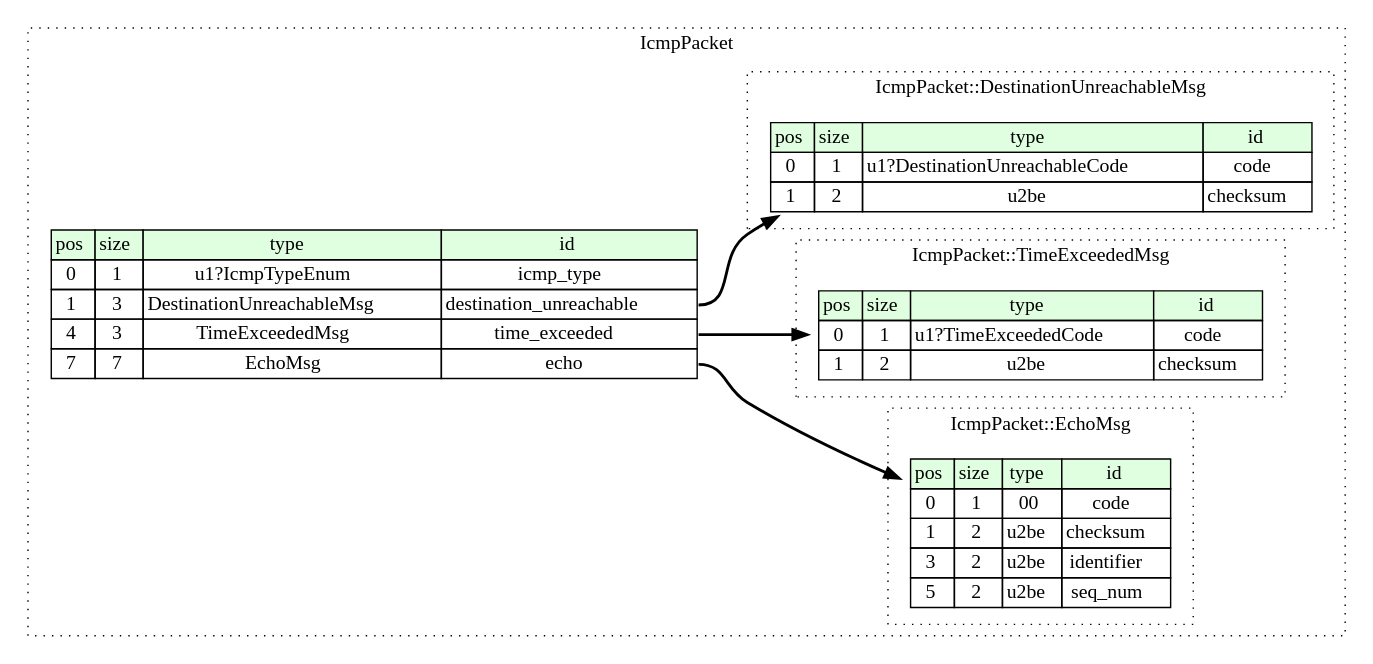
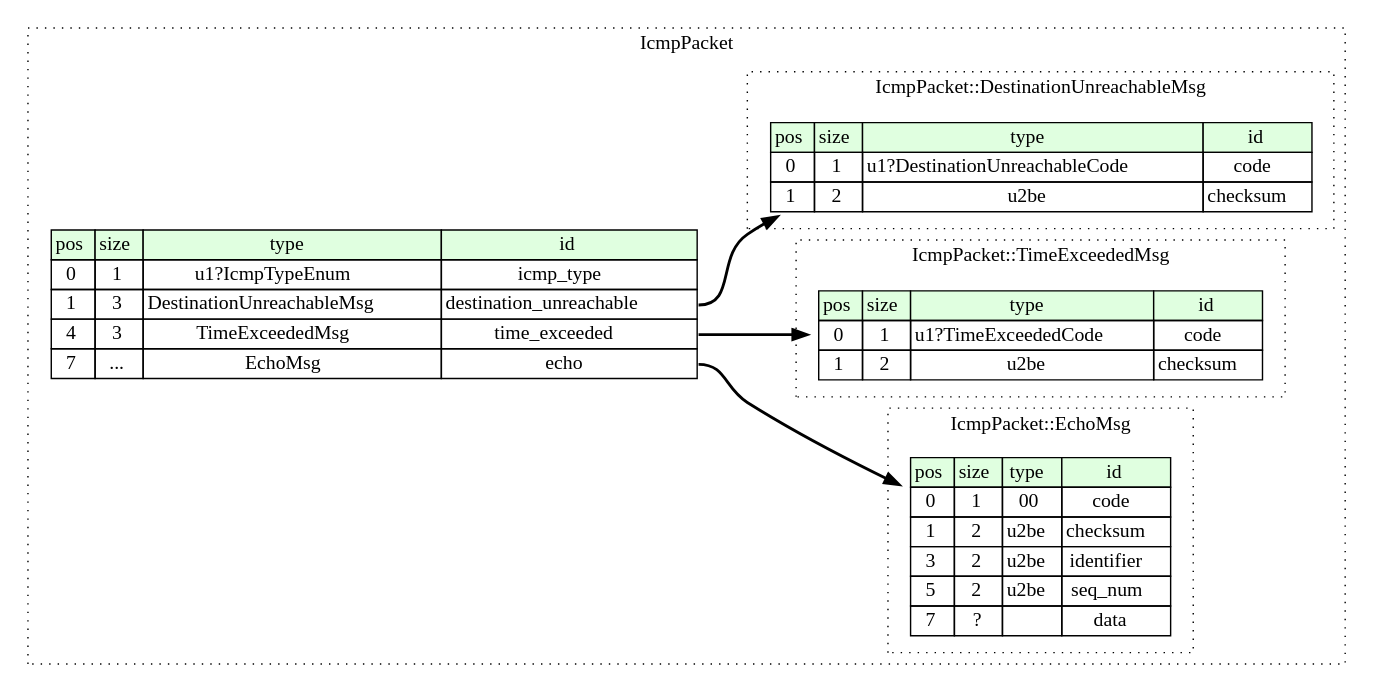
Before and after one commit to kaitai-io/formats-kaitai-io.github.io: the diagram in icmp_packet/src/graphviz/icmp_packet.dot, drawn with Graphviz. The commit also changed 20 other files, not shown here.

```diff
--- a/icmp_packet/src/graphviz/icmp_packet.dot
+++ b/icmp_packet/src/graphviz/icmp_packet.dot
@@ -1,51 +1,52 @@
 digraph {
 	rankdir=LR;
 	node [shape=plaintext];
 	subgraph cluster__icmp_packet {
 		label="IcmpPacket";
 		graph[style=dotted];
 
 		icmp_packet__seq [label=<<TABLE BORDER="0" CELLBORDER="1" CELLSPACING="0">
 			<TR><TD BGCOLOR="#E0FFE0">pos</TD><TD BGCOLOR="#E0FFE0">size</TD><TD BGCOLOR="#E0FFE0">type</TD><TD BGCOLOR="#E0FFE0">id</TD></TR>
 			<TR><TD PORT="icmp_type_pos">0</TD><TD PORT="icmp_type_size">1</TD><TD>u1?IcmpTypeEnum</TD><TD PORT="icmp_type_type">icmp_type</TD></TR>
 			<TR><TD PORT="destination_unreachable_pos">1</TD><TD PORT="destination_unreachable_size">3</TD><TD>DestinationUnreachableMsg</TD><TD PORT="destination_unreachable_type">destination_unreachable</TD></TR>
 			<TR><TD PORT="time_exceeded_pos">4</TD><TD PORT="time_exceeded_size">3</TD><TD>TimeExceededMsg</TD><TD PORT="time_exceeded_type">time_exceeded</TD></TR>
-			<TR><TD PORT="echo_pos">7</TD><TD PORT="echo_size">7</TD><TD>EchoMsg</TD><TD PORT="echo_type">echo</TD></TR>
+			<TR><TD PORT="echo_pos">7</TD><TD PORT="echo_size">...</TD><TD>EchoMsg</TD><TD PORT="echo_type">echo</TD></TR>
 		</TABLE>>];
 		subgraph cluster__destination_unreachable_msg {
 			label="IcmpPacket::DestinationUnreachableMsg";
 			graph[style=dotted];
 
 			destination_unreachable_msg__seq [label=<<TABLE BORDER="0" CELLBORDER="1" CELLSPACING="0">
 				<TR><TD BGCOLOR="#E0FFE0">pos</TD><TD BGCOLOR="#E0FFE0">size</TD><TD BGCOLOR="#E0FFE0">type</TD><TD BGCOLOR="#E0FFE0">id</TD></TR>
 				<TR><TD PORT="code_pos">0</TD><TD PORT="code_size">1</TD><TD>u1?DestinationUnreachableCode</TD><TD PORT="code_type">code</TD></TR>
 				<TR><TD PORT="checksum_pos">1</TD><TD PORT="checksum_size">2</TD><TD>u2be</TD><TD PORT="checksum_type">checksum</TD></TR>
 			</TABLE>>];
 		}
 		subgraph cluster__time_exceeded_msg {
 			label="IcmpPacket::TimeExceededMsg";
 			graph[style=dotted];
 
 			time_exceeded_msg__seq [label=<<TABLE BORDER="0" CELLBORDER="1" CELLSPACING="0">
 				<TR><TD BGCOLOR="#E0FFE0">pos</TD><TD BGCOLOR="#E0FFE0">size</TD><TD BGCOLOR="#E0FFE0">type</TD><TD BGCOLOR="#E0FFE0">id</TD></TR>
 				<TR><TD PORT="code_pos">0</TD><TD PORT="code_size">1</TD><TD>u1?TimeExceededCode</TD><TD PORT="code_type">code</TD></TR>
 				<TR><TD PORT="checksum_pos">1</TD><TD PORT="checksum_size">2</TD><TD>u2be</TD><TD PORT="checksum_type">checksum</TD></TR>
 			</TABLE>>];
 		}
 		subgraph cluster__echo_msg {
 			label="IcmpPacket::EchoMsg";
 			graph[style=dotted];
 
 			echo_msg__seq [label=<<TABLE BORDER="0" CELLBORDER="1" CELLSPACING="0">
 				<TR><TD BGCOLOR="#E0FFE0">pos</TD><TD BGCOLOR="#E0FFE0">size</TD><TD BGCOLOR="#E0FFE0">type</TD><TD BGCOLOR="#E0FFE0">id</TD></TR>
 				<TR><TD PORT="code_pos">0</TD><TD PORT="code_size">1</TD><TD>00</TD><TD PORT="code_type">code</TD></TR>
 				<TR><TD PORT="checksum_pos">1</TD><TD PORT="checksum_size">2</TD><TD>u2be</TD><TD PORT="checksum_type">checksum</TD></TR>
 				<TR><TD PORT="identifier_pos">3</TD><TD PORT="identifier_size">2</TD><TD>u2be</TD><TD PORT="identifier_type">identifier</TD></TR>
 				<TR><TD PORT="seq_num_pos">5</TD><TD PORT="seq_num_size">2</TD><TD>u2be</TD><TD PORT="seq_num_type">seq_num</TD></TR>
+				<TR><TD PORT="data_pos">7</TD><TD PORT="data_size">?</TD><TD></TD><TD PORT="data_type">data</TD></TR>
 			</TABLE>>];
 		}
 	}
 	icmp_packet__seq:destination_unreachable_type -> destination_unreachable_msg__seq [style=bold];
 	icmp_packet__seq:time_exceeded_type -> time_exceeded_msg__seq [style=bold];
 	icmp_packet__seq:echo_type -> echo_msg__seq [style=bold];
 }
```
